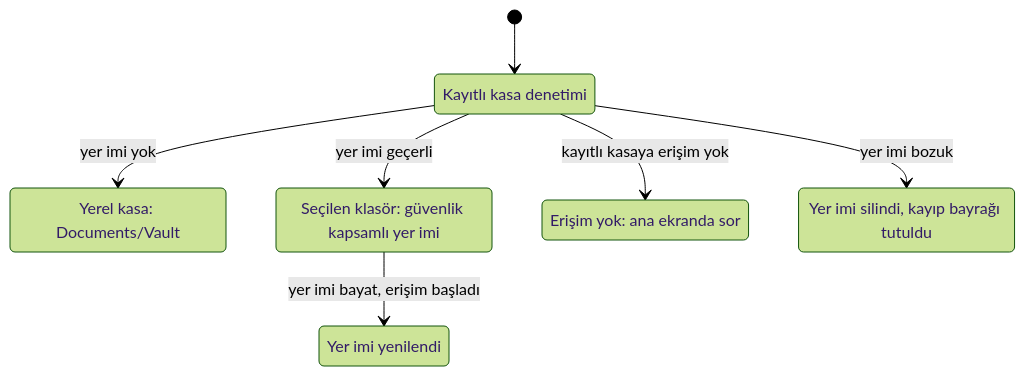
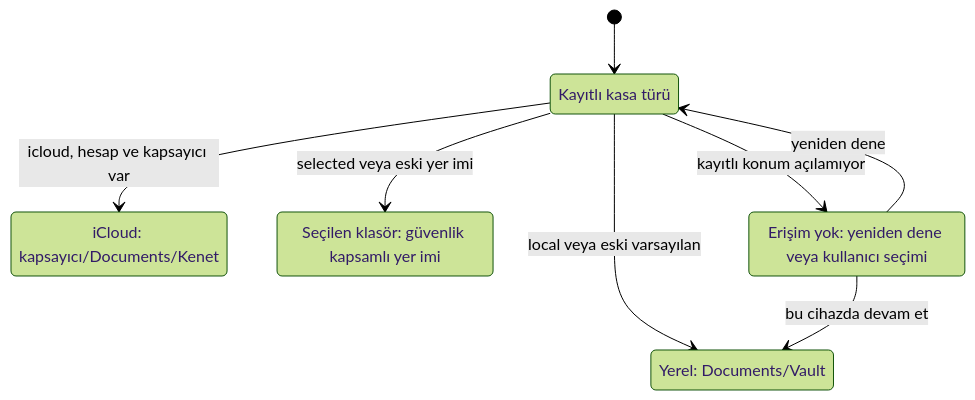
Before and after one commit to dogancanyildiz/kenet: the third of 20 diagrams in docs/architecture.md, drawn with Mermaid (forest theme). The commit also changed other lines of this file and 32 other files, not shown here.

Commit message:
feat: kasa konumu iCloud kapsayıcısı; yerel kasa seçenek olarak kalır, taşıma doğrulanmış kopyadır (#319)

````diff
--- a/docs/architecture.md
+++ b/docs/architecture.md
@@ -126,15 +126,15 @@
 ```mermaid
 stateDiagram-v2
-  state "Kayıtlı kasa denetimi" as Denetim
-  state "Yerel kasa: Documents/Vault" as Yerel
+  state "Kayıtlı kasa türü" as Denetim
+  state "Yerel: Documents/Vault" as Yerel
+  state "iCloud: kapsayıcı/Documents/Kenet" as Bulut
   state "Seçilen klasör: güvenlik kapsamlı yer imi" as Secilen
-  state "Yer imi yenilendi" as Yenilendi
-  state "Erişim yok: ana ekranda sor" as Erisimsiz
-  state "Yer imi silindi, kayıp bayrağı tutuldu" as Bozuk
+  state "Erişim yok: yeniden dene veya kullanıcı seçimi" as Erisimsiz
   [*] --> Denetim
-  Denetim --> Yerel: yer imi yok
-  Denetim --> Secilen: yer imi geçerli
-  Secilen --> Yenilendi: yer imi bayat, erişim başladı
-  Denetim --> Erisimsiz: kayıtlı kasaya erişim yok
-  Denetim --> Bozuk: yer imi bozuk
+  Denetim --> Yerel: local veya eski varsayılan
+  Denetim --> Bulut: icloud, hesap ve kapsayıcı var
+  Denetim --> Secilen: selected veya eski yer imi
+  Denetim --> Erisimsiz: kayıtlı konum açılamıyor
+  Erisimsiz --> Denetim: yeniden dene
+  Erisimsiz --> Yerel: bu cihazda devam et
 ```
````
